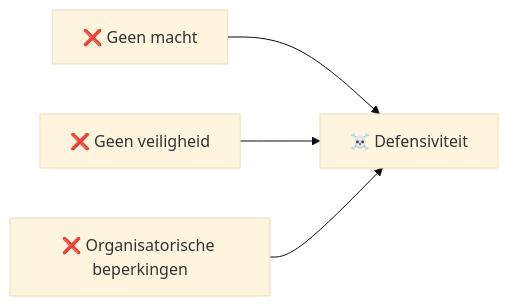
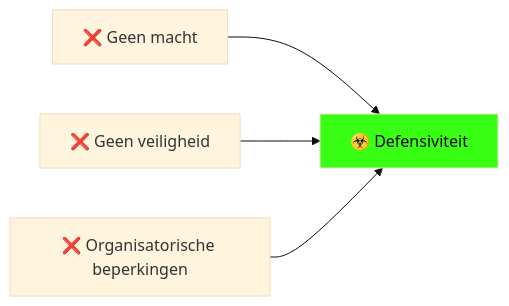
Before and after one commit to johantre/ai-value-flow-lab: the first of 2 diagrams in articles/felps-mitchell-byington-how-when-why-bad-apples-2006.md, drawn with Mermaid (base theme).

Commit message:
Update defensiveness diagram: biohazard emoji, fluo green node

````diff
--- a/articles/felps-mitchell-byington-how-when-why-bad-apples-2006.md
+++ b/articles/felps-mitchell-byington-how-when-why-bad-apples-2006.md
@@ -37,6 +37,7 @@
 ```mermaid
 graph LR
-    A["❌ Geen macht"] --> D["☠️ Defensiviteit"]
+    A["❌ Geen macht"] --> D["☣️ Defensiviteit"]
     B["❌ Geen veiligheid"] --> D
     C["❌ Organisatorische beperkingen"] --> D
+    style D fill:#39ff14,color:#000
 ```
````
